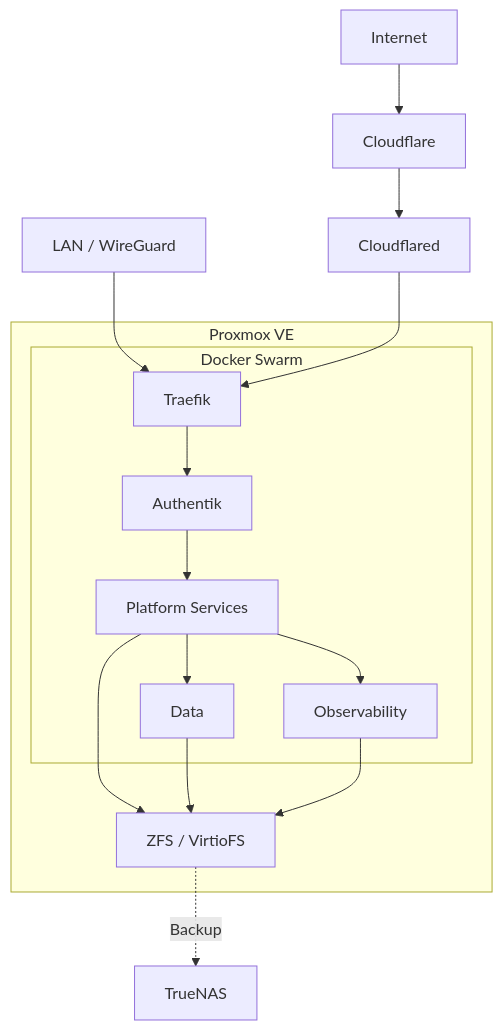
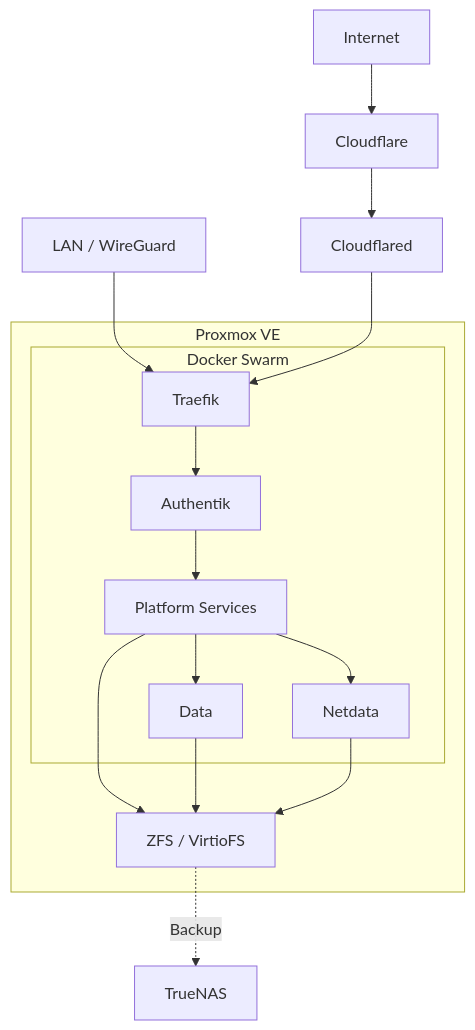
One commit to Hovirix/homelab changed the diagram in README.md. Above: the diagram before and after it, drawn with Mermaid. The commit also changed other lines of this file and 18 other files, not shown here.

Commit message:
feat(platform): replace observability stack with netdata

````diff
--- a/README.md
+++ b/README.md
@@ -32,25 +32,25 @@
 ```mermaid
 flowchart TB
     internet[Internet] --> cloudflare[Cloudflare]
     cloudflare --> cloudflared[Cloudflared]
     lan[LAN / WireGuard] --> traefik[Traefik]
     cloudflared --> traefik
 
     subgraph proxmox[Proxmox VE]
         subgraph swarm[Docker Swarm]
             traefik --> authentik[Authentik]
             authentik --> services[Platform Services]
 
             services --> data[Data]
-            services --> observability[Observability]
+            services --> netdata[Netdata]
         end
 
         storage[ZFS / VirtioFS]
     end
 
     services --> storage
     data --> storage
-    observability --> storage
+    netdata --> storage
 
     storage -. Backup .-> truenas[TrueNAS]
 ```
````
